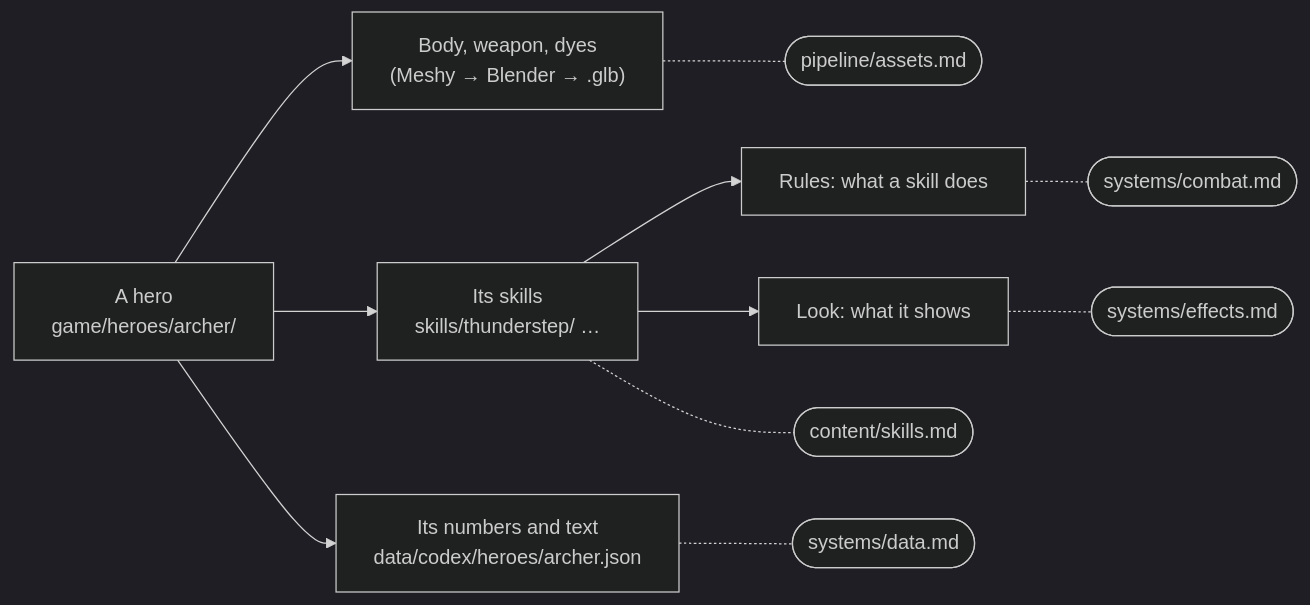
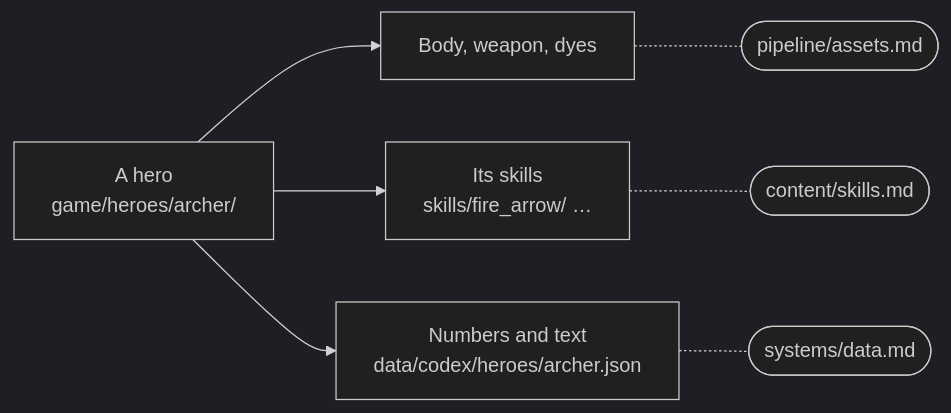
One commit to jjcw1337-rgb/ashen-crown changed the diagram in docs/content/heroes.md. Above: the diagram before and after it, drawn with Mermaid (dark theme). The commit also changed other lines of this file and 31 other files, not shown here.

````diff
--- a/docs/content/heroes.md
+++ b/docs/content/heroes.md
@@ -8,13 +7,9 @@
 ```mermaid
 flowchart LR
-  hero["A hero<br/>game/heroes/archer/"] --> body["Body, weapon, dyes<br/>(Meshy → Blender → .glb)"]
-  hero --> kit["Its skills<br/>skills/thunderstep/ …"]
-  hero --> text["Its numbers and text<br/>data/codex/heroes/archer.json"]
-  kit --> rules["Rules: what a skill does"]
-  kit --> look["Look: what it shows"]
+  hero["A hero<br/>game/heroes/archer/"] --> body["Body, weapon, dyes"]
+  hero --> kit["Its skills<br/>skills/fire_arrow/ …"]
+  hero --> text["Numbers and text<br/>data/codex/heroes/archer.json"]
   body -.- d1(["pipeline/assets.md"])
   kit -.- d2(["content/skills.md"])
   text -.- d3(["systems/data.md"])
-  rules -.- d4(["systems/combat.md"])
-  look -.- d5(["systems/effects.md"])
 ```
````
